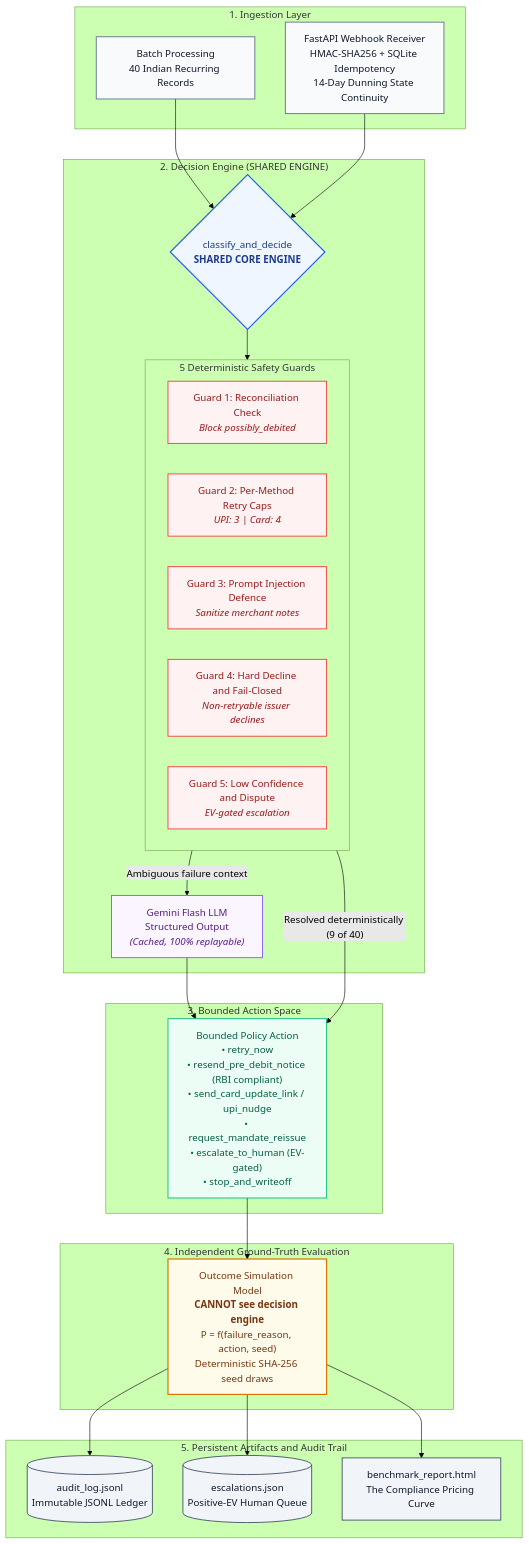
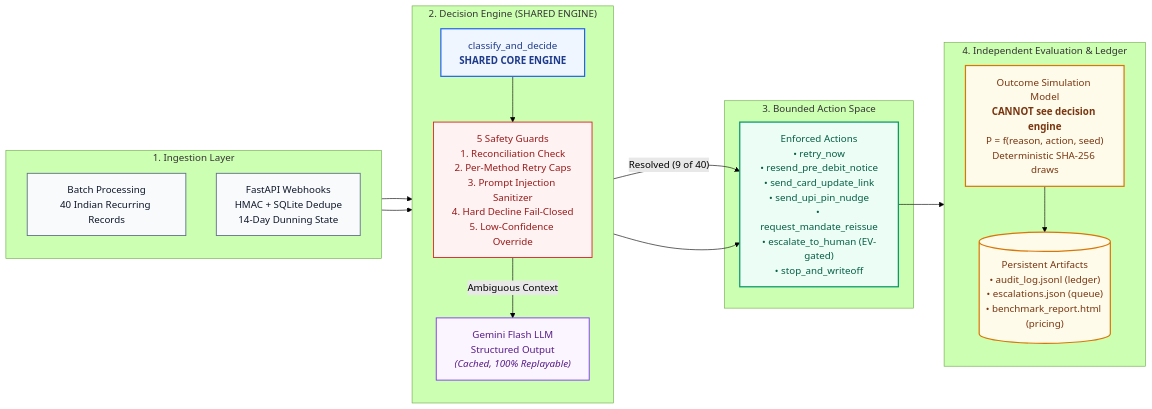
Before and after one commit to pavansaikavuri/failed-subscription-recovery-agent: the diagram in ARCHITECTURE.md, drawn with Mermaid (forest theme). The commit also changed 1 other file, not shown here.

Commit message:
Refactor Mermaid architecture to compact horizontal flowchart LR layout

````diff
--- a/ARCHITECTURE.md
+++ b/ARCHITECTURE.md
@@ -8,62 +8,48 @@
 ```mermaid
-flowchart TD
-    subgraph INGESTION ["1. Ingestion Layer"]
+flowchart LR
+    subgraph INGEST ["1. Ingestion Layer"]
+        direction TB
         A["Batch Processing<br/>40 Indian Recurring Records"]
-        B["FastAPI Webhook Receiver<br/>HMAC-SHA256 + SQLite Idempotency<br/>14-Day Dunning State Continuity"]
+        B["FastAPI Webhooks<br/>HMAC + SQLite Dedupe<br/>14-Day Dunning State"]
     end
 
     subgraph ENGINE ["2. Decision Engine (SHARED ENGINE)"]
-        C{"classify_and_decide<br/><b>SHARED CORE ENGINE</b>"}
-
-        subgraph GUARDS ["5 Deterministic Safety Guards"]
-            G1["Guard 1: Reconciliation Check<br/><i>Block possibly_debited</i>"]
-            G2["Guard 2: Per-Method Retry Caps<br/><i>UPI: 3 | Card: 4</i>"]
-            G3["Guard 3: Prompt Injection Defence<br/><i>Sanitize merchant notes</i>"]
-            G4["Guard 4: Hard Decline and Fail-Closed<br/><i>Non-retryable issuer declines</i>"]
-            G5["Guard 5: Low Confidence and Dispute<br/><i>EV-gated escalation</i>"]
-        end
-
-        LLM["Gemini Flash LLM<br/>Structured Output<br/><i>(Cached, 100% replayable)</i>"]
+        direction TB
+        C["classify_and_decide<br/><b>SHARED CORE ENGINE</b>"]
+        G["5 Safety Guards<br/>1. Reconciliation Check<br/>2. Per-Method Retry Caps<br/>3. Prompt Injection Sanitizer<br/>4. Hard Decline Fail-Closed<br/>5. Low-Confidence Override"]
+        LLM["Gemini Flash LLM<br/>Structured Output<br/><i>(Cached, 100% Replayable)</i>"]
+        C --> G
+        G -->|"Ambiguous Context"| LLM
     end
 
     subgraph ACTION ["3. Bounded Action Space"]
-        ACT["Bounded Policy Action<br/>• retry_now<br/>• resend_pre_debit_notice (RBI compliant)<br/>• send_card_update_link / upi_nudge<br/>• request_mandate_reissue<br/>• escalate_to_human (EV-gated)<br/>• stop_and_writeoff"]
+        ACT["Enforced Actions<br/>• retry_now<br/>• resend_pre_debit_notice<br/>• send_card_update_link<br/>• send_upi_pin_nudge<br/>• request_mandate_reissue<br/>• escalate_to_human (EV-gated)<br/>• stop_and_writeoff"]
     end
 
-    subgraph OUTCOME ["4. Independent Ground-Truth Evaluation"]
-        MODEL["Outcome Simulation Model<br/><b>CANNOT see decision engine</b><br/>P = f(failure_reason, action, seed)<br/>Deterministic SHA-256 seed draws"]
-    end
-
-    subgraph ARTIFACTS ["5. Persistent Artifacts and Audit Trail"]
-        AUDIT[("audit_log.jsonl<br/>Immutable JSONL Ledger")]
-        ESC[("escalations.json<br/>Positive-EV Human Queue")]
-        BENCH["benchmark_report.html<br/>The Compliance Pricing Curve"]
+    subgraph EVAL ["4. Independent Evaluation & Ledger"]
+        direction TB
+        MODEL["Outcome Simulation Model<br/><b>CANNOT see decision engine</b><br/>P = f(reason, action, seed)<br/>Deterministic SHA-256 draws"]
+        OUT[("Persistent Artifacts<br/>• audit_log.jsonl (ledger)<br/>• escalations.json (queue)<br/>• benchmark_report.html (pricing)")]
+        MODEL --> OUT
     end
 
     A --> C
     B --> C
-    C --> GUARDS
-    GUARDS -->|"Resolved deterministically (9 of 40)"| ACT
-    GUARDS -->|"Ambiguous failure context"| LLM
+    G -->|"Resolved (9 of 40)"| ACT
     LLM --> ACT
     ACT --> MODEL
-    MODEL --> AUDIT
-    MODEL --> ESC
-    MODEL --> BENCH
 
     classDef ingestion fill:#f8fafc,stroke:#64748b,stroke-width:1.5px,color:#0f172a;
     classDef engine fill:#eff6ff,stroke:#2563eb,stroke-width:2px,color:#1e3a8a;
-    classDef guard fill:#fef2f2,stroke:#ef4444,stroke-width:1.5px,color:#991b1b;
-    classDef llm fill:#faf5ff,stroke:#8b5cf6,stroke-width:1.5px,color:#581c87;
-    classDef action fill:#ecfdf5,stroke:#10b981,stroke-width:1.5px,color:#065f46;
-    classDef outcome fill:#fffbeb,stroke:#d97706,stroke-width:2px,color:#78350f;
-    classDef artifacts fill:#f1f5f9,stroke:#475569,stroke-width:1.5px,color:#0f172a;
+    classDef guard fill:#fef2f2,stroke:#dc2626,stroke-width:1.5px,color:#991b1b;
+    classDef llm fill:#faf5ff,stroke:#7c3aed,stroke-width:1.5px,color:#581c87;
+    classDef action fill:#ecfdf5,stroke:#059669,stroke-width:2px,color:#065f46;
+    classDef eval fill:#fffbeb,stroke:#d97706,stroke-width:2px,color:#78350f;
 
     class A,B ingestion;
     class C engine;
-    class G1,G2,G3,G4,G5 guard;
+    class G guard;
     class LLM llm;
     class ACT action;
-    class MODEL outcome;
-    class AUDIT,ESC,BENCH artifacts;
+    class MODEL,OUT eval;
 ```
````
